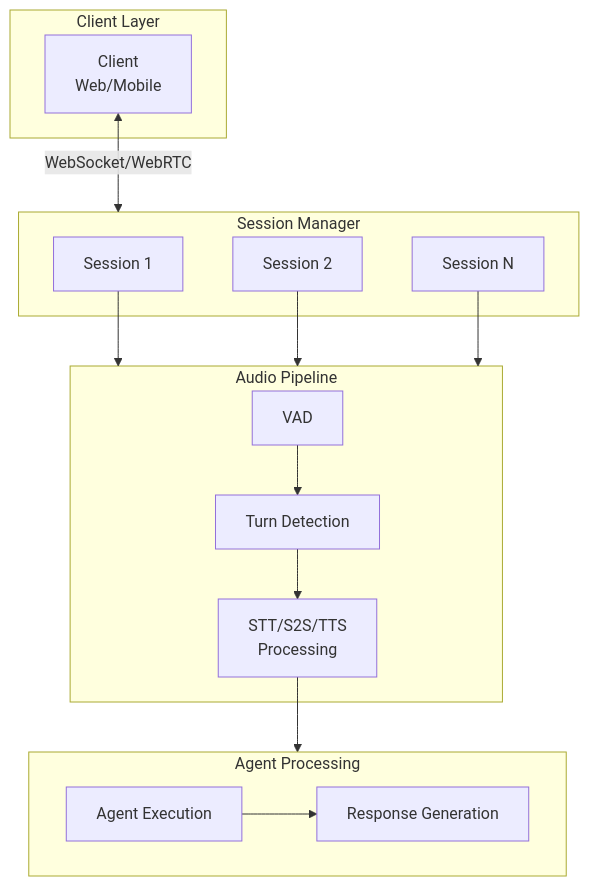
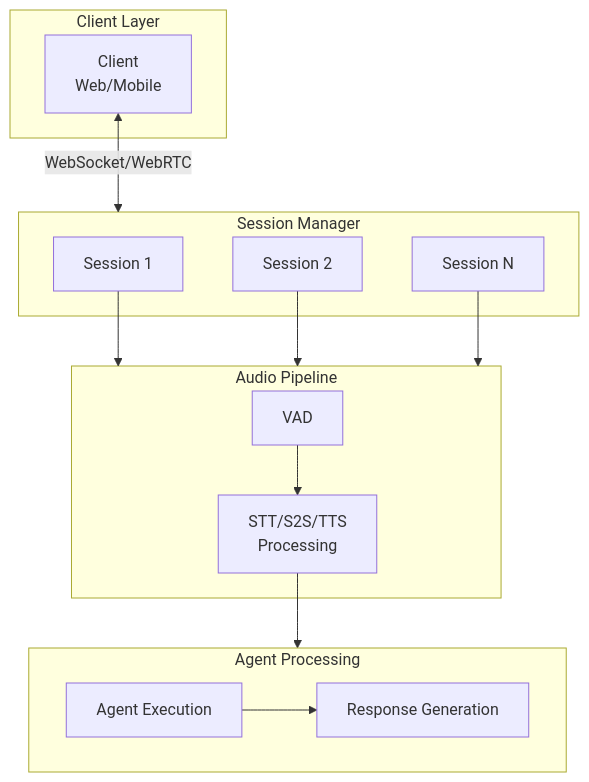
One commit to lookatitude/beluga-website changed the diagram in src/content/docs/docs/guides/capabilities/voice/voice-sessions-overview.md. Above: the diagram before and after it, drawn with Mermaid. The commit also changed other lines of this file and 474 other files, not shown here.

````diff
--- a/src/content/docs/docs/guides/capabilities/voice/voice-sessions-overview.md
+++ b/src/content/docs/docs/guides/capabilities/voice/voice-sessions-overview.md
@@ -17,26 +17,26 @@
 ```mermaid
 graph TB
     subgraph Client["Client Layer"]
         CL[Client<br>Web/Mobile]
     end
 
     subgraph SessionMgmt["Session Manager"]
         S1[Session 1]
         S2[Session 2]
         SN[Session N]
     end
 
     subgraph AudioPipeline["Audio Pipeline"]
-        VAD[VAD] --> TD[Turn Detection] --> PROC[STT/S2S/TTS<br>Processing]
+        VAD[VAD] --> PROC[STT/S2S/TTS<br>Processing]
     end
 
     subgraph AgentLayer["Agent Processing"]
         AGENT[Agent Execution] --> RESP[Response Generation]
     end
 
     CL <-->|WebSocket/WebRTC| SessionMgmt
     S1 --> AudioPipeline
     S2 --> AudioPipeline
     SN --> AudioPipeline
     PROC --> AgentLayer
 ```
````
